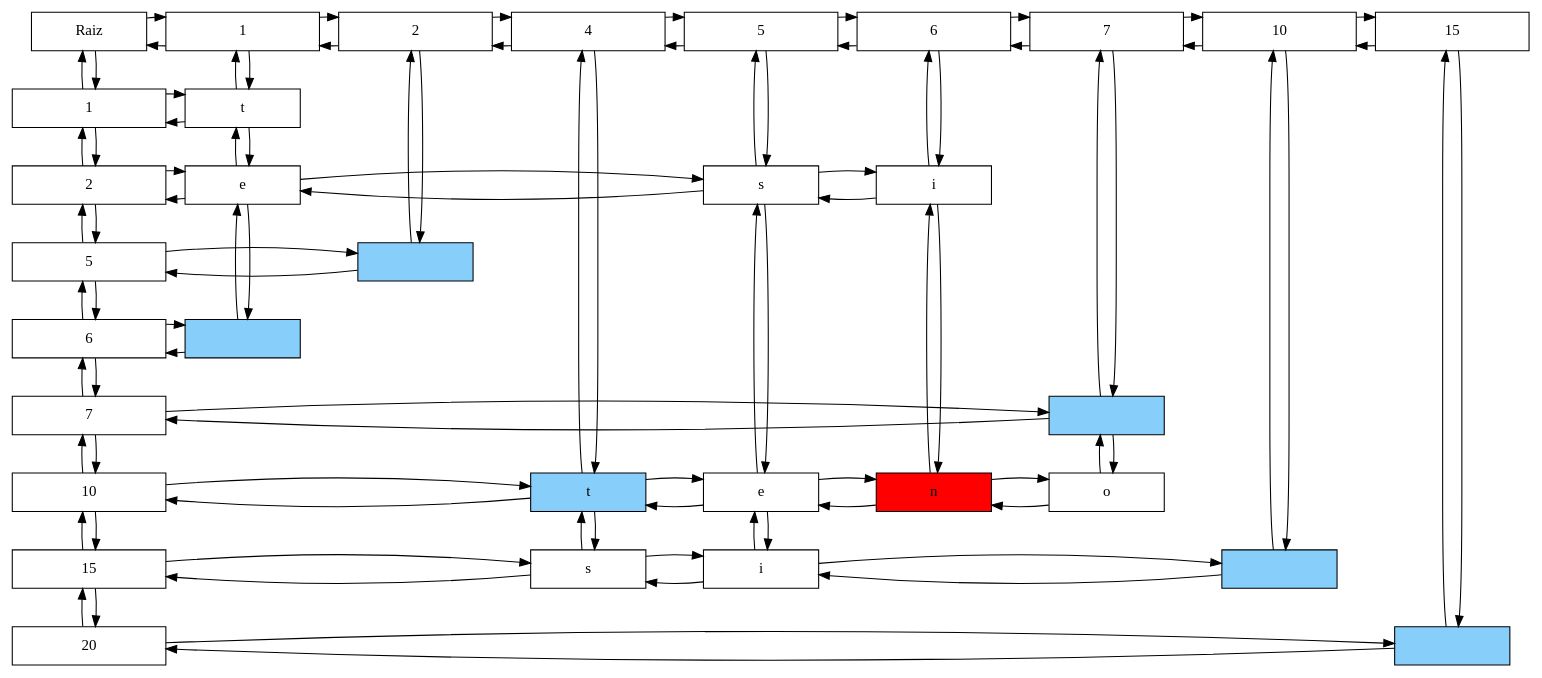
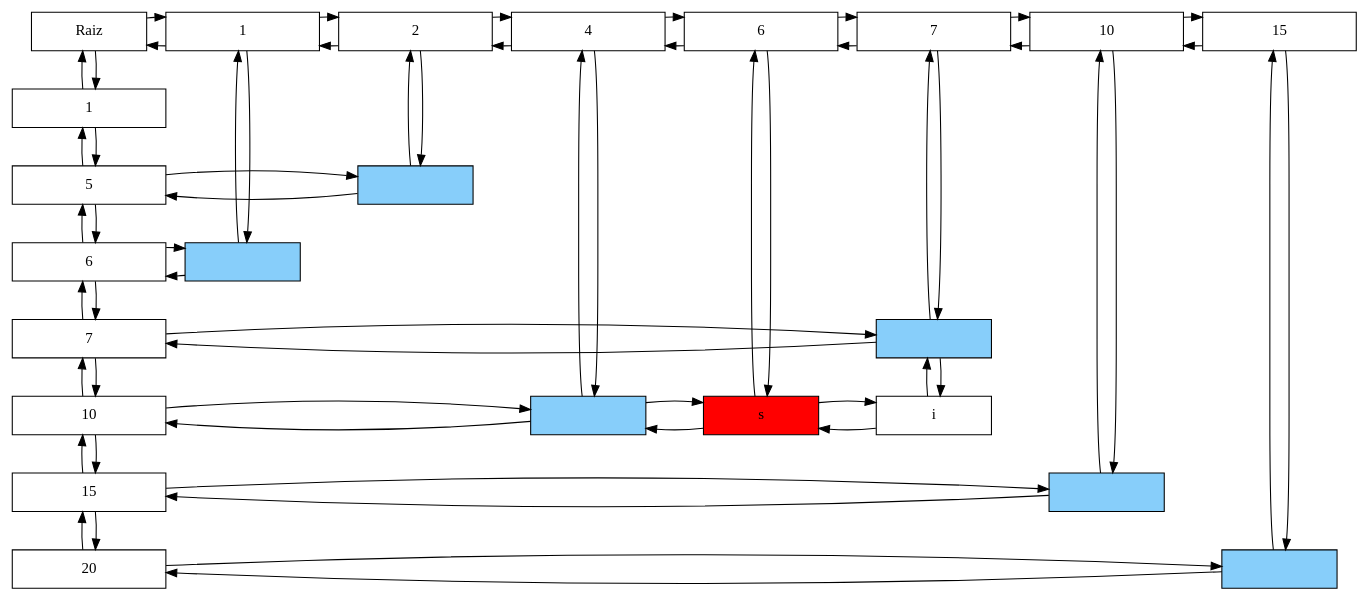
Before and after one commit to ChrisUSAC/EDD_1S2020_PY1_201709272: the diagram in scrabble/ReporteMatriz.dot, drawn with Graphviz. The commit also changed 52 other files, not shown here.

```diff
--- a/scrabble/ReporteMatriz.dot
+++ b/scrabble/ReporteMatriz.dot
@@ -1,152 +1,103 @@
 digraph M{ 
 node[ shape = box] 
 Raiz[label = "Raiz", width=1.5, group = 1]; 
  
 f0[label = "1" width=2.0 , group = 1 ]; 
-f1[label = "2" width=2.0 , group = 1 ]; 
-f2[label = "5" width=2.0 , group = 1 ]; 
-f3[label = "6" width=2.0 , group = 1 ]; 
-f4[label = "7" width=2.0 , group = 1 ]; 
-f5[label = "10" width=2.0 , group = 1 ]; 
-f6[label = "15" width=2.0 , group = 1 ]; 
-f7[label = "20" width=2.0 , group = 1 ]; 
+f1[label = "5" width=2.0 , group = 1 ]; 
+f2[label = "6" width=2.0 , group = 1 ]; 
+f3[label = "7" width=2.0 , group = 1 ]; 
+f4[label = "10" width=2.0 , group = 1 ]; 
+f5[label = "15" width=2.0 , group = 1 ]; 
+f6[label = "20" width=2.0 , group = 1 ]; 
 f0 -> f1[dir = back]; 
 f0 -> f1 
 f1 -> f2[dir = back]; 
 f1 -> f2 
 f2 -> f3[dir = back]; 
 f2 -> f3 
 f3 -> f4[dir = back]; 
 f3 -> f4 
 f4 -> f5[dir = back]; 
 f4 -> f5 
 f5 -> f6[dir = back]; 
 f5 -> f6 
-f6 -> f7[dir = back]; 
-f6 -> f7 
 c0[label = "1" width=2.0 , group = 2 ]; 
 c1[label = "2" width=2.0 , group = 3 ]; 
 c2[label = "4" width=2.0 , group = 4 ]; 
-c3[label = "5" width=2.0 , group = 5 ]; 
-c4[label = "6" width=2.0 , group = 6 ]; 
-c5[label = "7" width=2.0 , group = 7 ]; 
-c6[label = "10" width=2.0 , group = 8 ]; 
-c7[label = "15" width=2.0 , group = 9 ]; 
+c3[label = "6" width=2.0 , group = 5 ]; 
+c4[label = "7" width=2.0 , group = 6 ]; 
+c5[label = "10" width=2.0 , group = 7 ]; 
+c6[label = "15" width=2.0 , group = 8 ]; 
 c0 -> c1[dir = back]; 
 c0 -> c1 
 c1 -> c2[dir = back]; 
 c1 -> c2 
 c2 -> c3[dir = back]; 
 c2 -> c3 
 c3 -> c4[dir = back]; 
 c3 -> c4 
 c4 -> c5[dir = back]; 
 c4 -> c5 
 c5 -> c6[dir = back]; 
 c5 -> c6 
-c6 -> c7[dir = back]; 
-c6 -> c7 
  Raiz -> f0 [dir = back];  
  Raiz -> f0 ; 
  Raiz -> c0 [dir = back]; 
  Raiz -> c0 ; 
-{rank = same;Raiz;c0;c1;c2;c3;c4;c5;c6;c7;} 
-n0[label = "t" width = 1.5, group =2]; 
-n0[label = "t" width = 1.5, group =2]; 
-n1[label = "e" width = 1.5, group =2]; 
-n1[label = "e" width = 1.5, group =2]; 
-n2[label = " " width = 1.5,fillcolor = lightskyblue,style = filled,group =2]; 
-n2[label = " " width = 1.5, group =2]; 
-n3[label = " " width = 1.5,fillcolor = lightskyblue,style = filled,group =3]; 
-n3[label = " " width = 1.5, group =3]; 
-n4[label = "t" width = 1.5,fillcolor = lightskyblue,style = filled,group =4]; 
-n4[label = "t" width = 1.5, group =4]; 
-n5[label = "s" width = 1.5, group =4]; 
-n5[label = "s" width = 1.5, group =4]; 
-n6[label = "s" width = 1.5, group =5]; 
-n6[label = "s" width = 1.5, group =5]; 
-n7[label = "e" width = 1.5, group =5]; 
-n7[label = "e" width = 1.5, group =5]; 
-n8[label = "i" width = 1.5, group =5]; 
-n8[label = "i" width = 1.5, group =5]; 
-n9[label = "i" width = 1.5, group =6]; 
-n9[label = "i" width = 1.5, group =6]; 
-n10[label = "n" width = 1.5,fillcolor = red,style = filled, group =6]; 
-n10[label = "n" width = 1.5, group =6]; 
-n11[label = " " width = 1.5,fillcolor = lightskyblue,style = filled,group =7]; 
-n11[label = " " width = 1.5, group =7]; 
-n12[label = "o" width = 1.5, group =7]; 
-n12[label = "o" width = 1.5, group =7]; 
-n13[label = " " width = 1.5,fillcolor = lightskyblue,style = filled,group =8]; 
-n13[label = " " width = 1.5, group =8]; 
-n14[label = " " width = 1.5,fillcolor = lightskyblue,style = filled,group =9]; 
-n14[label = " " width = 1.5, group =9]; 
+{rank = same;Raiz;c0;c1;c2;c3;c4;c5;c6;} 
+n0[label = " " width = 1.5,fillcolor = lightskyblue,style = filled,group =2]; 
+n0[label = " " width = 1.5, group =2]; 
+n1[label = " " width = 1.5,fillcolor = lightskyblue,style = filled,group =3]; 
+n1[label = " " width = 1.5, group =3]; 
+n2[label = " " width = 1.5,fillcolor = lightskyblue,style = filled,group =4]; 
+n2[label = " " width = 1.5, group =4]; 
+n3[label = "s" width = 1.5,fillcolor = red,style = filled, group =5]; 
+n3[label = "s" width = 1.5, group =5]; 
+n4[label = " " width = 1.5,fillcolor = lightskyblue,style = filled,group =6]; 
+n4[label = " " width = 1.5, group =6]; 
+n5[label = "i" width = 1.5, group =6]; 
+n5[label = "i" width = 1.5, group =6]; 
+n6[label = " " width = 1.5,fillcolor = lightskyblue,style = filled,group =7]; 
+n6[label = " " width = 1.5, group =7]; 
+n7[label = " " width = 1.5,fillcolor = lightskyblue,style = filled,group =8]; 
+n7[label = " " width = 1.5, group =8]; 
 c0 -> n0 [dir = back];  
 c0 -> n0
-n0 -> n1 [dir = back];  
-n0 -> n1
-n1 -> n2 [dir = back];  
-n1 -> n2
-c1 -> n3 [dir = back];  
-c1 -> n3
-c2 -> n4 [dir = back];  
-c2 -> n4
+c1 -> n1 [dir = back];  
+c1 -> n1
+c2 -> n2 [dir = back];  
+c2 -> n2
+c3 -> n3 [dir = back];  
+c3 -> n3
+c4 -> n4 [dir = back];  
+c4 -> n4
 n4 -> n5 [dir = back];  
 n4 -> n5
-c3 -> n6 [dir = back];  
-c3 -> n6
-n6 -> n7 [dir = back];  
-n6 -> n7
-n7 -> n8 [dir = back];  
-n7 -> n8
-c4 -> n9 [dir = back];  
-c4 -> n9
-n9 -> n10 [dir = back];  
-n9 -> n10
-c5 -> n11 [dir = back];  
-c5 -> n11
-n11 -> n12 [dir = back];  
-n11 -> n12
-c6 -> n13 [dir = back];  
-c6 -> n13
-c7 -> n14 [dir = back];  
-c7 -> n14
-f0 -> n0 [dir = back];  
-f0 -> n0
+c5 -> n6 [dir = back];  
+c5 -> n6
+c6 -> n7 [dir = back];  
+c6 -> n7
 f1 -> n1 [dir = back];  
 f1 -> n1
-n1 -> n6 [dir = back];  
-n1 -> n6
-n6 -> n9 [dir = back];  
-n6 -> n9
-f2 -> n3 [dir = back];  
-f2 -> n3
-f3 -> n2 [dir = back];  
-f3 -> n2
-f4 -> n11 [dir = back];  
-f4 -> n11
-f5 -> n4 [dir = back];  
-f5 -> n4
-n4 -> n7 [dir = back];  
-n4 -> n7
-n7 -> n10 [dir = back];  
-n7 -> n10
-n10 -> n12 [dir = back];  
-n10 -> n12
-f6 -> n5 [dir = back];  
-f6 -> n5
-n5 -> n8 [dir = back];  
-n5 -> n8
-n8 -> n13 [dir = back];  
-n8 -> n13
-f7 -> n14 [dir = back];  
-f7 -> n14
-{rank = same;f0;n0;} 
-{rank = same;f1;n1;n6;n9;} 
-{rank = same;f2;n3;} 
-{rank = same;f3;n2;} 
-{rank = same;f4;n11;} 
-{rank = same;f5;n4;n7;n10;n12;} 
-{rank = same;f6;n5;n8;n13;} 
-{rank = same;f7;n14;} 
+f2 -> n0 [dir = back];  
+f2 -> n0
+f3 -> n4 [dir = back];  
+f3 -> n4
+f4 -> n2 [dir = back];  
+f4 -> n2
+n2 -> n3 [dir = back];  
+n2 -> n3
+n3 -> n5 [dir = back];  
+n3 -> n5
+f5 -> n6 [dir = back];  
+f5 -> n6
+f6 -> n7 [dir = back];  
+f6 -> n7
+{rank = same;f0;} 
+{rank = same;f1;n1;} 
+{rank = same;f2;n0;} 
+{rank = same;f3;n4;} 
+{rank = same;f4;n2;n3;n5;} 
+{rank = same;f5;n6;} 
+{rank = same;f6;n7;} 
 }
```
